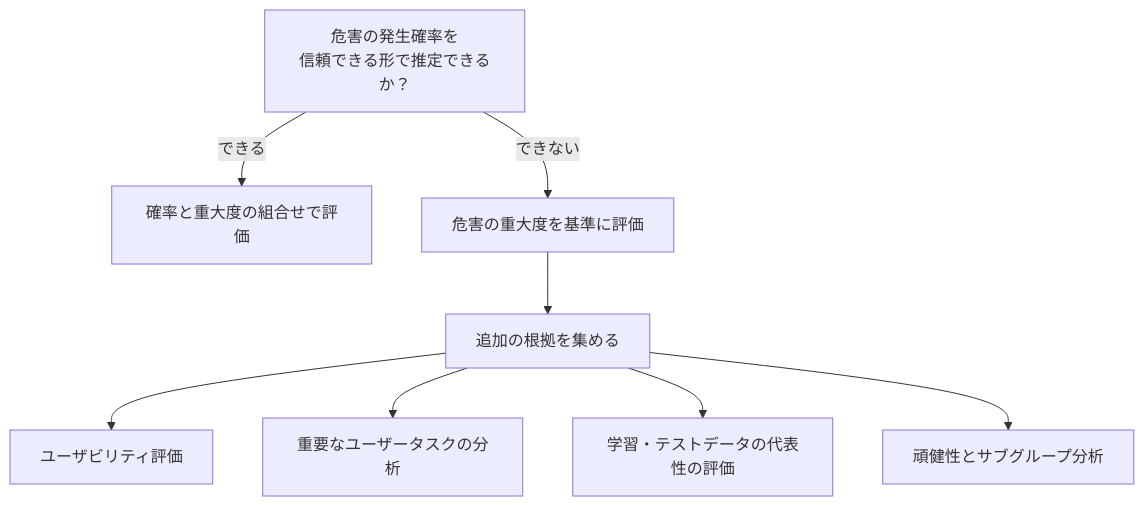
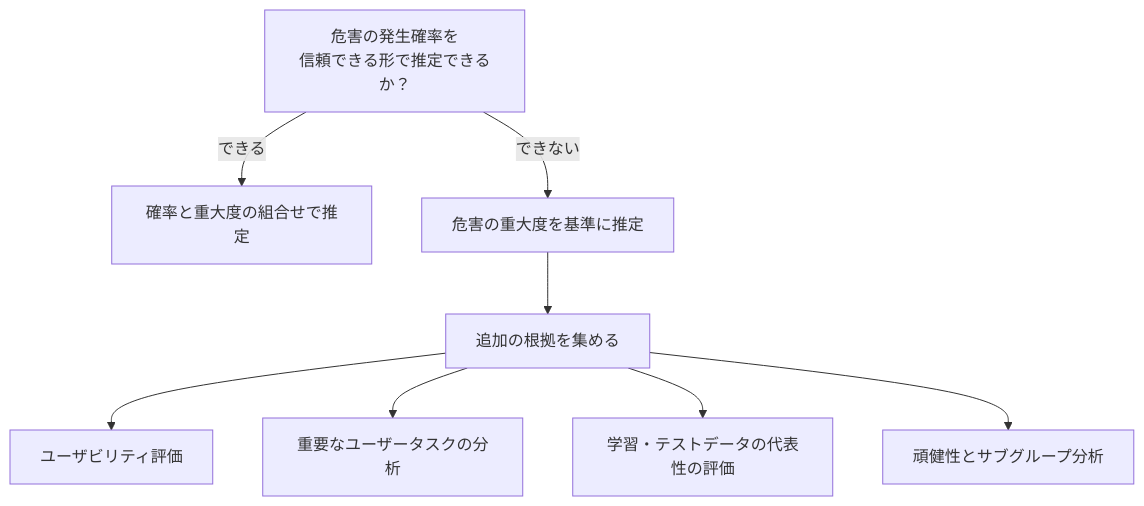
One commit to myoshi2891/Quality-Assurance-Studies changed the ninth of 15 diagrams in Iso-ts-24971-2-2026-beginner-guide.md. Above: the diagram before and after it, drawn with Mermaid. The commit also changed other lines of this file, not shown here.

````diff
--- a/Iso-ts-24971-2-2026-beginner-guide.md
+++ b/Iso-ts-24971-2-2026-beginner-guide.md
@@ -333,10 +338,10 @@
 ```mermaid
 flowchart TD
-    A["危害の発生確率を<br/>信頼できる形で推定できるか？"] -->|"できる"| B["確率と重大度の組合せで評価"]
-    A -->|"できない"| C["危害の重大度を基準に評価"]
+    A["危害の発生確率を<br/>信頼できる形で推定できるか？"] -->|"できる"| B["確率と重大度の組合せで推定"]
+    A -->|"できない"| C["危害の重大度を基準に推定"]
     C --> D["追加の根拠を集める"]
     D --> E1["ユーザビリティ評価"]
     D --> E2["重要なユーザータスクの分析"]
     D --> E3["学習・テストデータの代表性の評価"]
     D --> E4["頑健性とサブグループ分析"]
 ```
````
